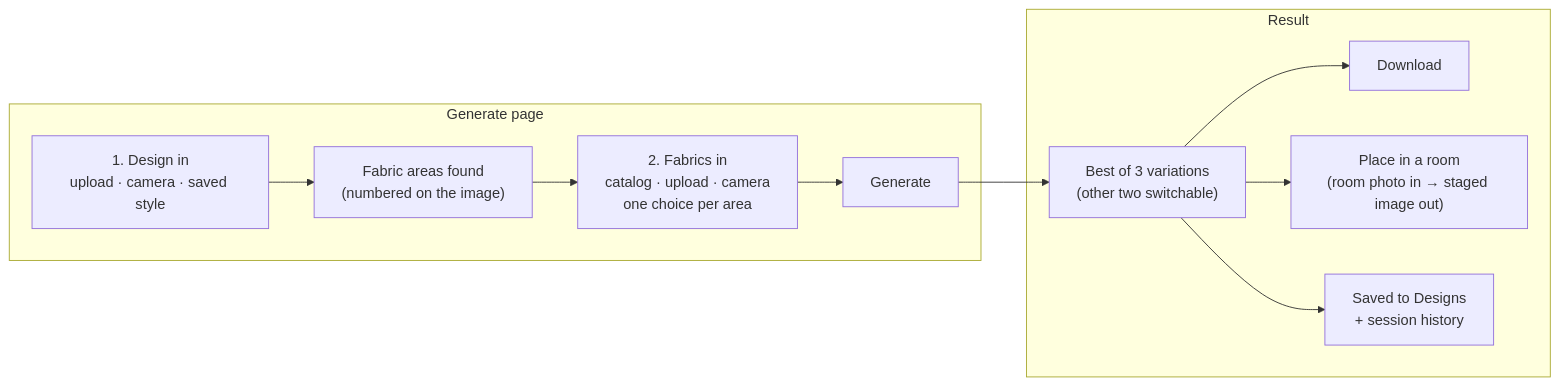
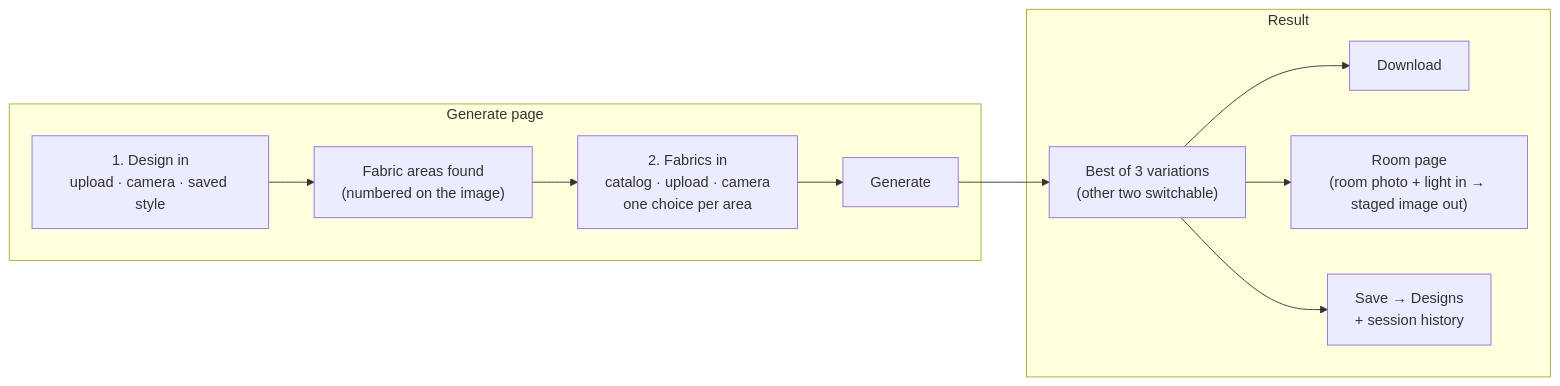
The first of 2 diagrams in README.md (Vijendrapratap/Aatmi-curtain), drawn with Mermaid before and after one commit. The commit also changed other lines of this file and 19 other files, not shown here.

````diff
--- a/README.md
+++ b/README.md
@@ -15,19 +15,19 @@
 ```mermaid
 flowchart LR
     subgraph In["Generate page"]
         D["1. Design in\nupload · camera · saved style"]
         A["Fabric areas found\n(numbered on the image)"]
         F["2. Fabrics in\ncatalog · upload · camera\none choice per area"]
         G["Generate"]
     end
     subgraph Out["Result"]
         R["Best of 3 variations\n(other two switchable)"]
         DL["Download"]
-        RM["Place in a room\n(room photo in → staged image out)"]
-        H["Saved to Designs\n+ session history"]
+        RM["Room page\n(room photo + light in → staged image out)"]
+        H["Save → Designs\n+ session history"]
     end
     D --> A --> F --> G --> R
     R --> DL
     R --> RM
     R --> H
 ```
````
